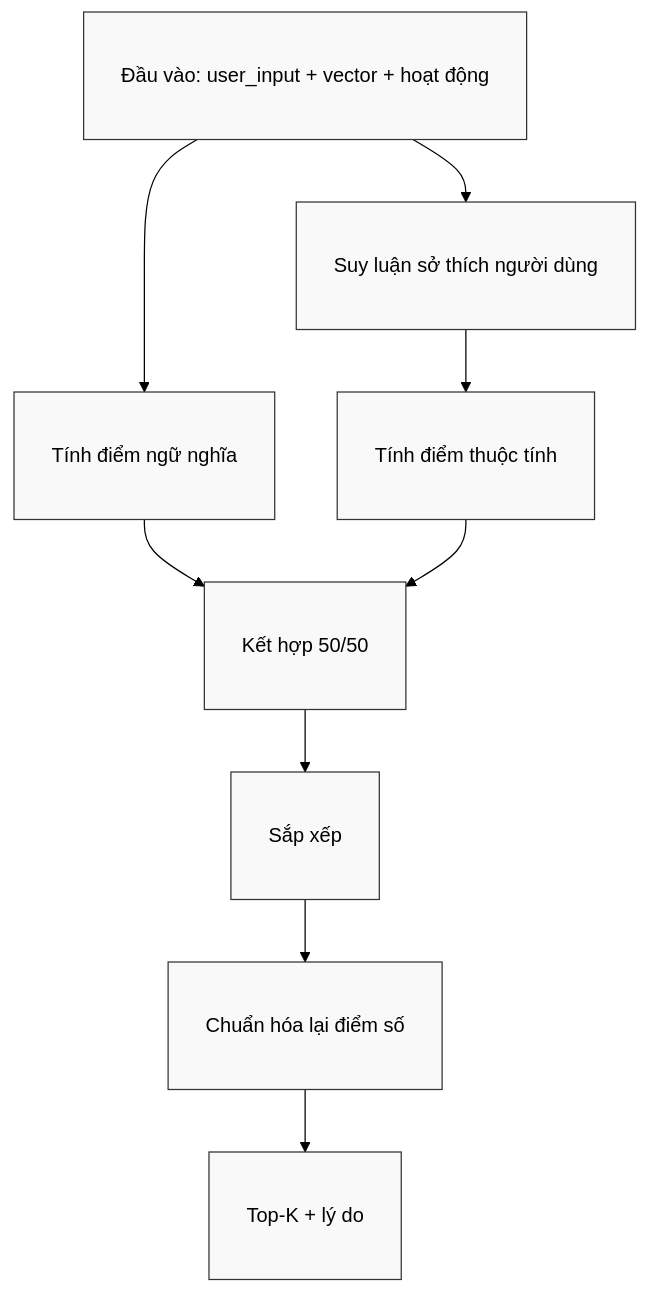
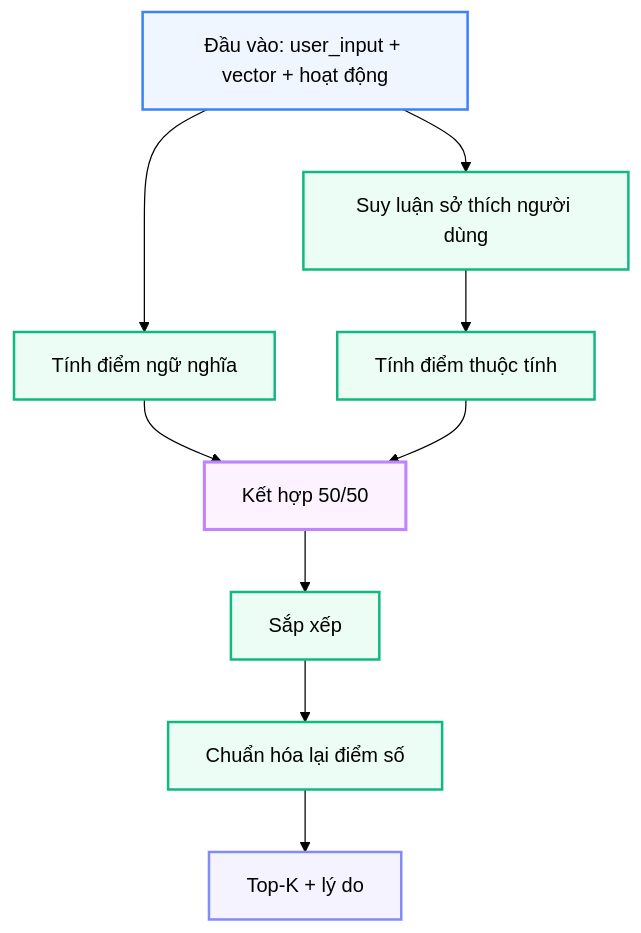
One commit to ltk6/travel-exp-planner changed the diagram in docs/modules/n6_activity_ranking.md. Above: the diagram before and after it, drawn with Mermaid (forest theme). The commit also changed 70 other files, not shown here.

````diff
--- a/docs/modules/n6_activity_ranking.md
+++ b/docs/modules/n6_activity_ranking.md
@@ -230,17 +230,21 @@
 ```mermaid
 ---
 config:
   flowchart:
     useMaxWidth: false
 ---
 graph TD
-    classDef default fill:#f9f9f9,stroke:#333,stroke-width:1px,padding-left:10px,padding-right:10px,white-space:nowrap;
-    A["Đầu vào: user_input + vector + hoạt động"] --> B["Suy luận sở thích người dùng"]
-    A --> C["Tính điểm ngữ nghĩa"]
-    B --> D["Tính điểm thuộc tính"]
-    C --> E["Kết hợp 50/50"]
+    classDef client fill:#eff6ff,stroke:#3b82f6,stroke-width:2px,color:#000000;
+    classDef op fill:#ecfdf5,stroke:#10b981,stroke-width:2px,color:#000000;
+    classDef combine fill:#fdf2ff,stroke:#c084fc,stroke-width:2.5px,color:#000000;
+    classDef out fill:#f5f3ff,stroke:#818cf8,stroke-width:2px,color:#000000;
+    
+    A["Đầu vào: user_input + vector + hoạt động"]:::client --> B["Suy luận sở thích người dùng"]:::op
+    A --> C["Tính điểm ngữ nghĩa"]:::op
+    B --> D["Tính điểm thuộc tính"]:::op
+    C --> E["Kết hợp 50/50"]:::combine
     D --> E
-    E --> F["Sắp xếp"]
-    F --> G["Chuẩn hóa lại điểm số"]
-    G --> H["Top-K + lý do"]
+    E --> F["Sắp xếp"]:::op
+    F --> G["Chuẩn hóa lại điểm số"]:::op
+    G --> H["Top-K + lý do"]:::out
 ```
````
